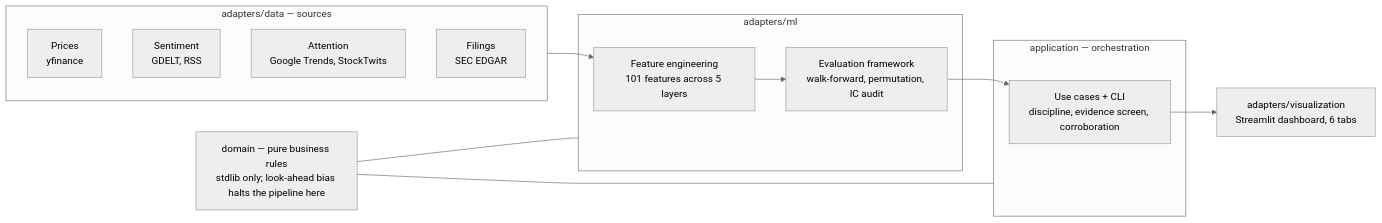
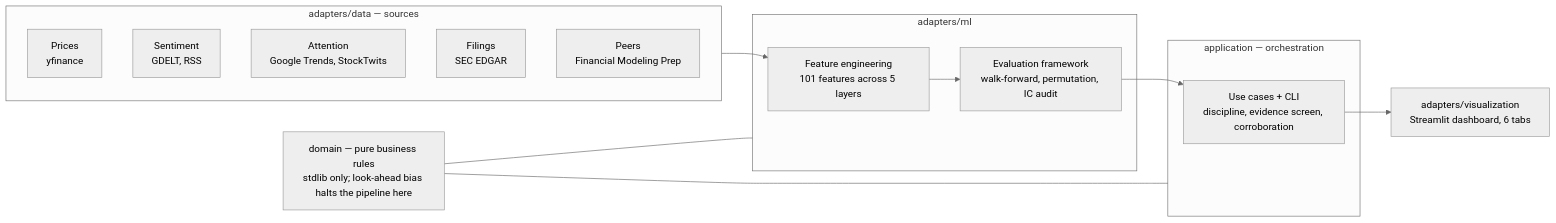
One commit to tirthjoship/research-instrument changed the third of 3 diagrams in README.md. Above: the diagram before and after it, drawn with Mermaid (neutral theme). The commit also changed other lines of this file and 5 other files, not shown here.

````diff
--- a/README.md
+++ b/README.md
@@ -196,22 +196,23 @@
 ```mermaid
 flowchart LR
     subgraph data["adapters/data — sources"]
         P["Prices<br/>yfinance"]
         S["Sentiment<br/>GDELT, RSS"]
         A["Attention<br/>Google Trends, StockTwits"]
         F["Filings<br/>SEC EDGAR"]
+        PE["Peers<br/>Financial Modeling Prep"]
     end
     subgraph ml["adapters/ml"]
         FE["Feature engineering<br/>101 features across 5 layers"]
         EVAL["Evaluation framework<br/>walk-forward, permutation, IC audit"]
     end
     subgraph appl["application — orchestration"]
         UC["Use cases + CLI<br/>discipline, evidence screen, corroboration"]
     end
     DOM["domain — pure business rules<br/>stdlib only; look-ahead bias halts the pipeline here"]
     VIZ["adapters/visualization<br/>Streamlit dashboard, 6 tabs"]
 
     data --> FE --> EVAL --> UC --> VIZ
     DOM --- ml
     DOM --- appl
 ```
````
